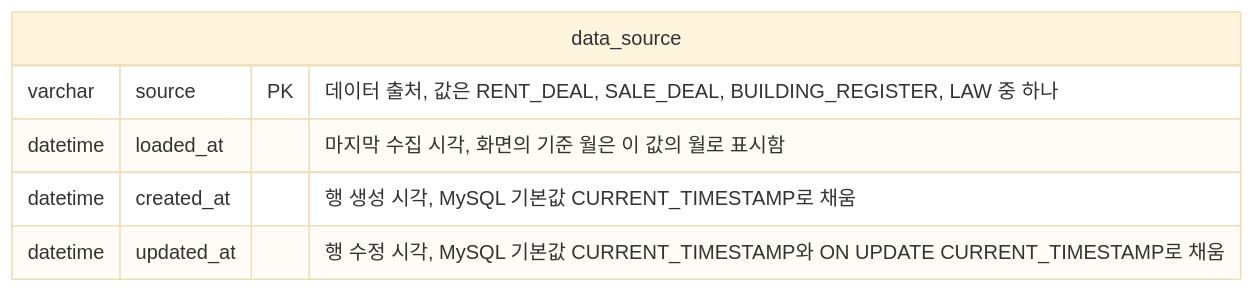
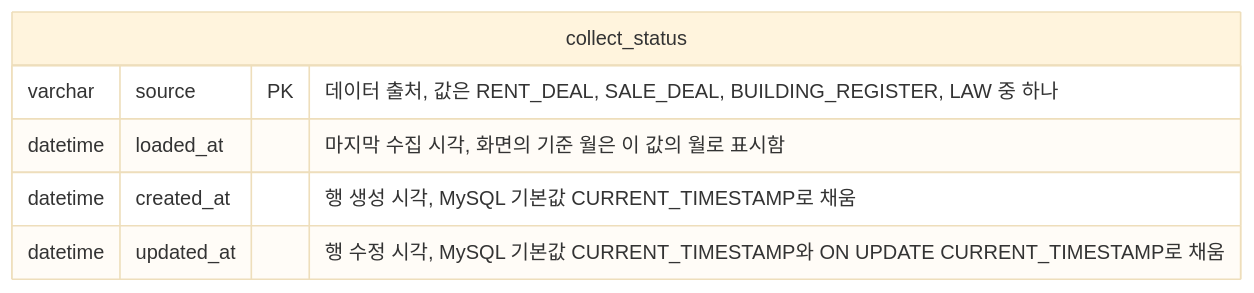
Diagram 13 of 13 in docs/erd.md (f-lab-edu/jipsee), drawn with Mermaid (base theme) before and after one commit. The commit also changed other lines of this file, not shown here.

Commit message:
docs: collect_status 반영 > erd의 data_source 이름 변경

````diff
--- a/docs/erd.md
+++ b/docs/erd.md
@@ -346,9 +346,9 @@
 ```mermaid
 erDiagram
-    data_source {
+    collect_status {
         varchar source PK "데이터 출처, 값은 RENT_DEAL, SALE_DEAL, BUILDING_REGISTER, LAW 중 하나"
         datetime loaded_at "마지막 수집 시각, 화면의 기준 월은 이 값의 월로 표시함"
         datetime created_at "행 생성 시각, MySQL 기본값 CURRENT_TIMESTAMP로 채움"
         datetime updated_at "행 수정 시각, MySQL 기본값 CURRENT_TIMESTAMP와 ON UPDATE CURRENT_TIMESTAMP로 채움"
     }
 ```
````
